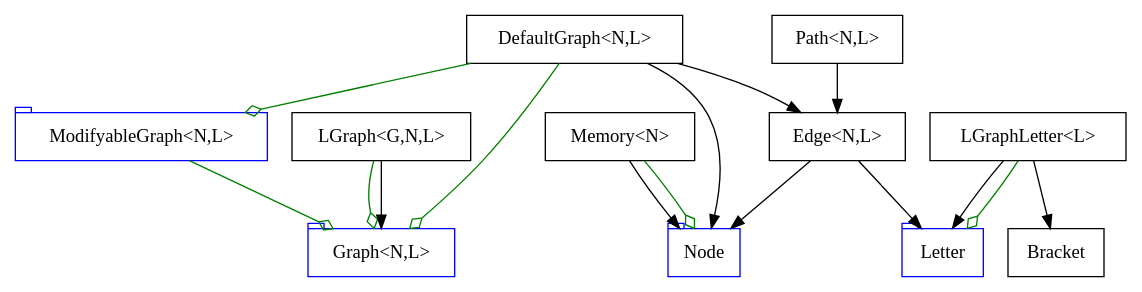
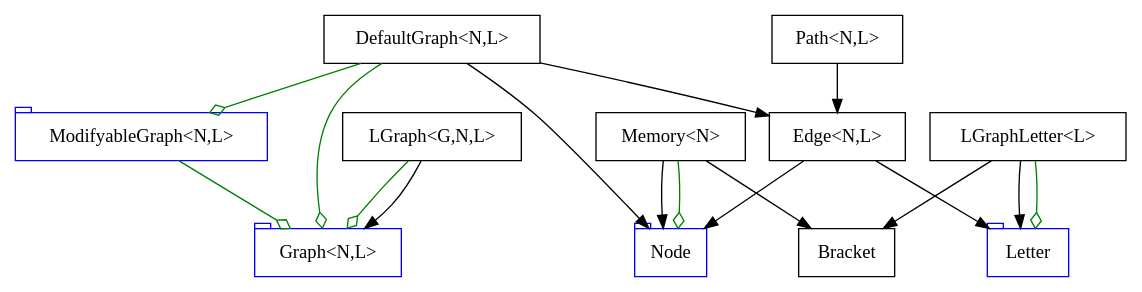
The diagram in text/graphs/arch.dot (0Marble/lgraphs), drawn with Graphviz before and after one commit. The commit also changed 7 other files, not shown here.

```diff
--- a/text/graphs/arch.dot
+++ b/text/graphs/arch.dot
@@ -1,82 +1,83 @@
 digraph UML {
     GraphTrait [
         color=blue,
         label="Graph<N,L>",
         shape=tab,
     ];
     ModifyableGraphTrait [
         color=blue,
         label="ModifyableGraph<N,L>",
         shape=tab,
     ];
     NodeTrait [
         color=blue,
         label="Node",
         shape=tab,
     ];
     LetterTrait [
         color=blue,
         label="Letter",
         shape=tab,
     ];
 
     ModifyableGraphTrait -> GraphTrait [arrowhead=odiamond, color=green];
 
     Bracket [
         color=black,
         label="Bracket",
         shape=box,
     ];
     LGraphLetter [
         color=black,
         label="LGraphLetter<L>",
         shape=box
     ];
     Memory [
         color=black,
         label="Memory<N>",
         shape=box,
     ];
 
     EdgeStruct [
         color=black,
         label="Edge<N,L>",
         shape=box,
     ]
 
     LGraphLetter -> Bracket [arrowhead=normal];
     LGraphLetter -> LetterTrait [arrowhead=normal];
     LGraphLetter -> LetterTrait [arrowhead=odiamond, color=green];
     Memory -> NodeTrait [arrowhead=normal];
     Memory -> NodeTrait [arrowhead=odiamond, color=green];
+    Memory -> Bracket [arrowhead=normal];
     EdgeStruct -> NodeTrait [arrowhead=normal];
     EdgeStruct -> LetterTrait [arrowhead=normal];
 
     Path [
         shape=box,
         color=black,
         label="Path<N,L>",
     ];
 
     Path -> EdgeStruct [arrowhead=normal];
 
     LGraph [
         shape=box,
         color=black,
         label="LGraph<G,N,L>"
     ];
 
     LGraph -> GraphTrait [arrowhead=odiamond, color=green, label=" "];
     LGraph -> GraphTrait [arrowhead=normal, label=" "];
 
     DefaultGraph [
         shape=box,
         color=black,
         label="DefaultGraph<N,L>"
     ];
 
     DefaultGraph -> GraphTrait [arrowhead=odiamond, color=green];
     DefaultGraph -> ModifyableGraphTrait [arrowhead=odiamond, color=green];
     DefaultGraph -> NodeTrait [arrowhead=normal];
     DefaultGraph -> EdgeStruct [arrowhead=normal];
 }
```
